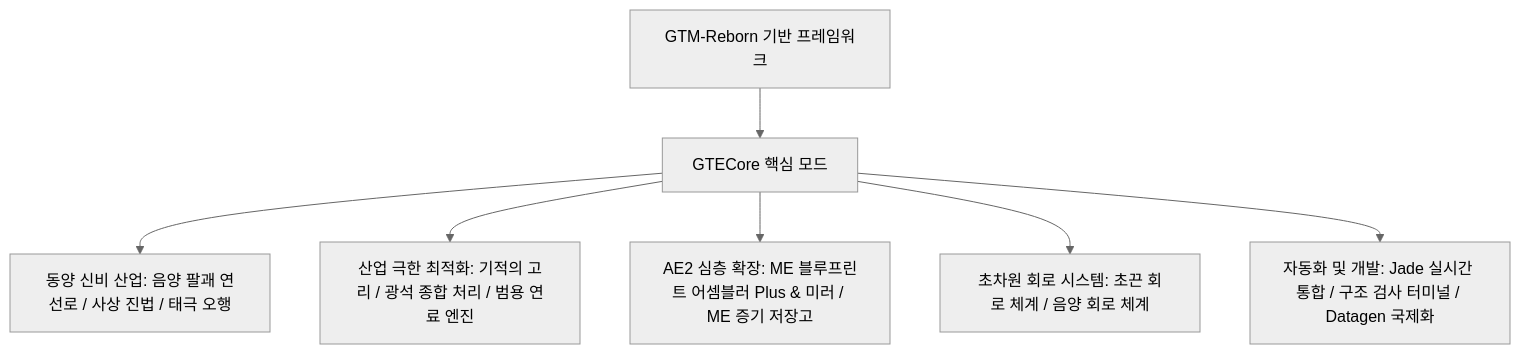
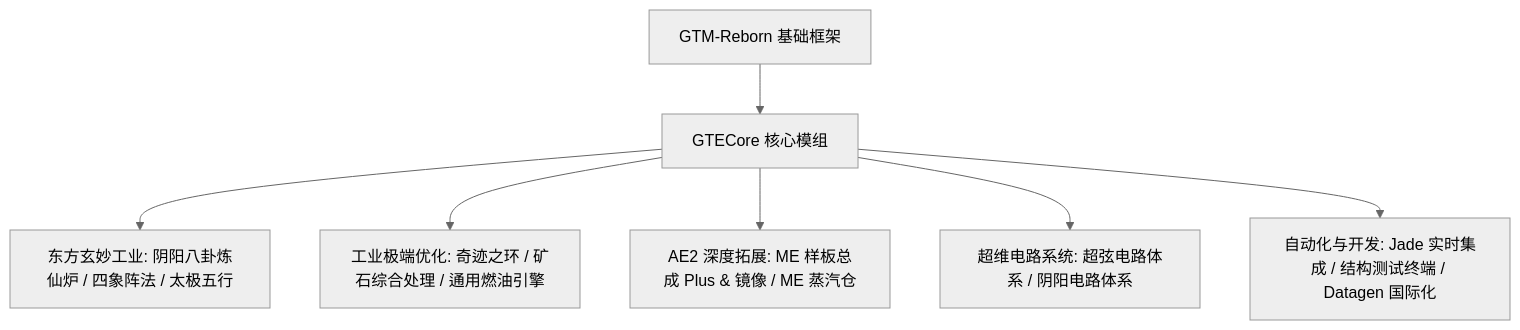
Before and after one commit to takanashisatou/GregtechEasy: the diagram in docs/ko/gtecore/overview.md, drawn with Mermaid (neutral theme). The commit also changed other lines of this file and 144 other files, not shown here.

````diff
--- a/docs/ko/gtecore/overview.md
+++ b/docs/ko/gtecore/overview.md
@@ -9,9 +9,9 @@
 ```mermaid
 graph TD
-    A[GTM-Reborn 기반 프레임워크] --> B[GTECore 핵심 모드]
-    B --> C[동양 신비 산업: 음양 팔괘 연선로 / 사상 진법 / 태극 오행]
-    B --> D[산업 극한 최적화: 기적의 고리 / 광석 종합 처리 / 범용 연료 엔진]
-    B --> E[AE2 심층 확장: ME 블루프린트 어셈블러 Plus & 미러 / ME 증기 저장고]
-    B --> F[초차원 회로 시스템: 초끈 회로 체계 / 음양 회로 체계]
-    B --> G[자동화 및 개발: Jade 실시간 통합 / 구조 검사 터미널 / Datagen 국제화]
+    A[GTM-Reborn 基础框架] --> B[GTECore 核心模组]
+    B --> C[东方玄妙工业: 阴阳八卦炼仙炉 / 四象阵法 / 太极五行]
+    B --> D[工业极端优化: 奇迹之环 / 矿石综合处理 / 通用燃油引擎]
+    B --> E[AE2 深度拓展: ME 样板总成 Plus & 镜像 / ME 蒸汽仓]
+    B --> F[超维电路系统: 超弦电路体系 / 阴阳电路体系]
+    B --> G[自动化与开发: Jade 实时集成 / 结构测试终端 / Datagen 国际化]
 ```
````
